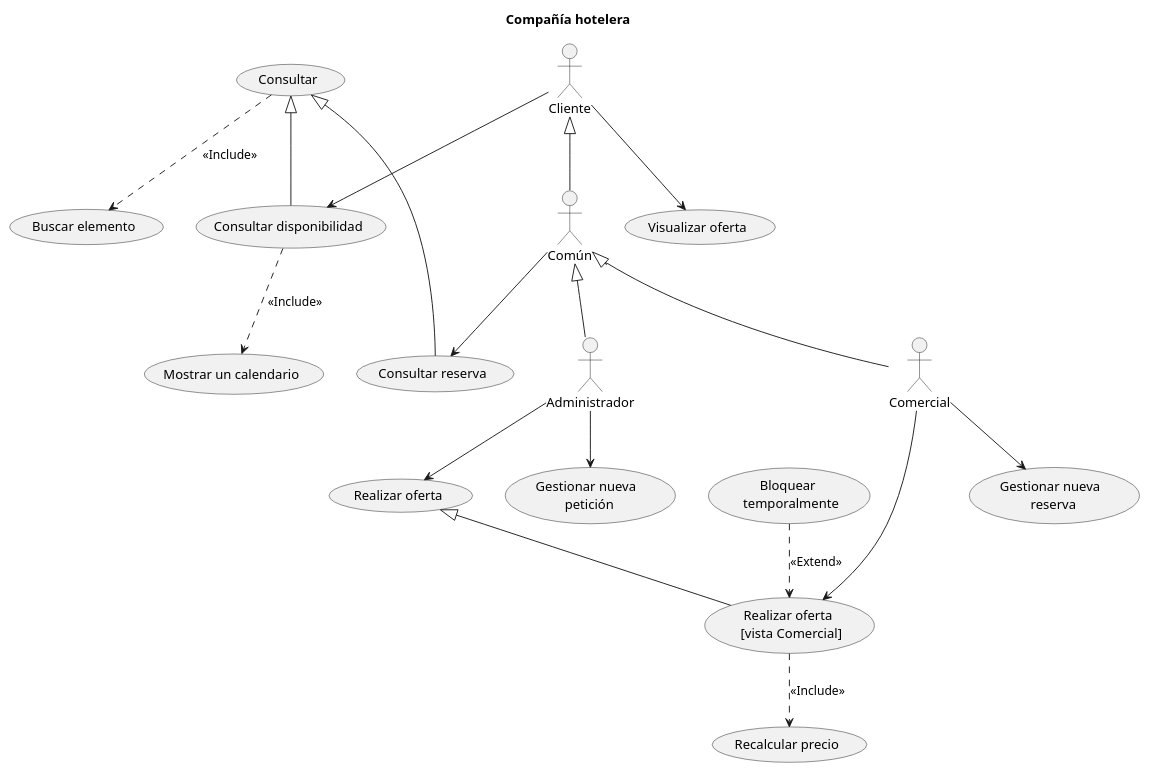
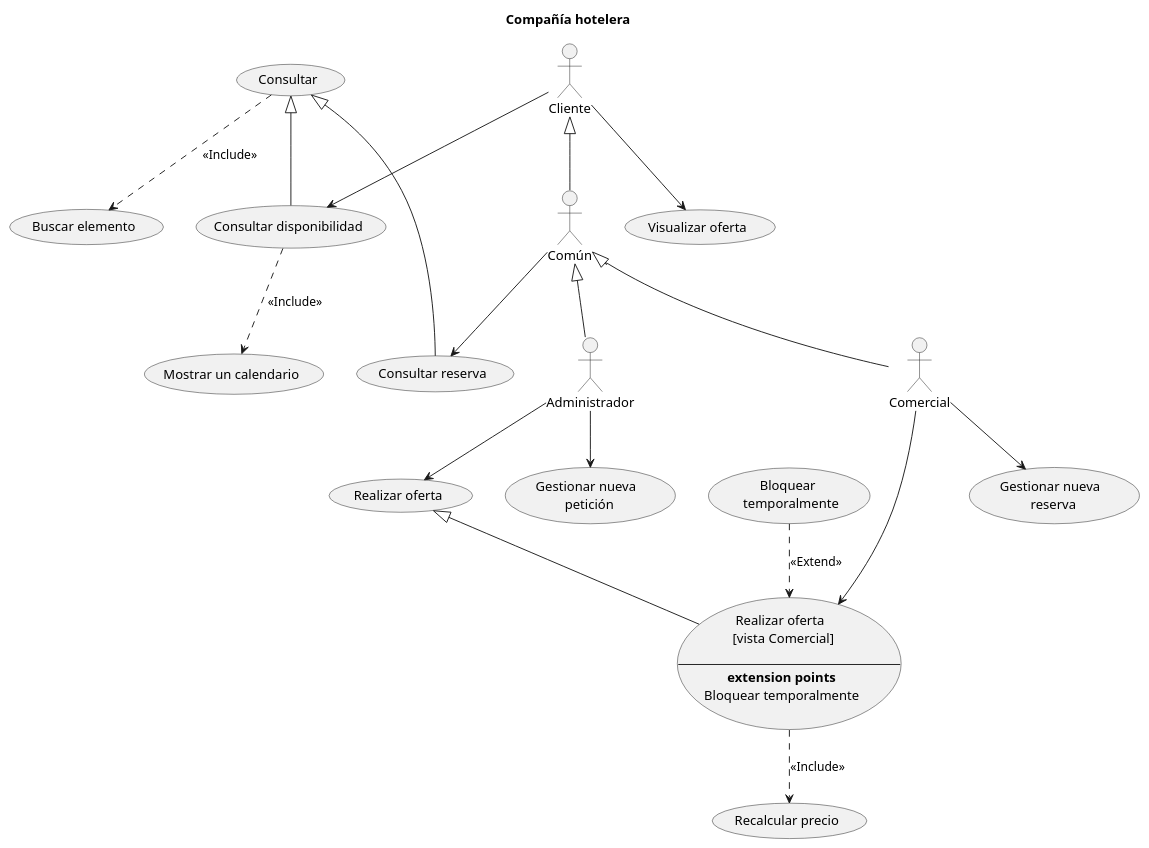
One commit to emg842/INRE-UAL-ROJO-2022 changed the diagram in LAB0/src/compania_hotelera.puml. Above: the diagram before and after it, drawn with PlantUML. The commit also changed 12 other files, not shown here.

Commit message:
Correccion extension points lab0

```diff
--- a/LAB0/src/compania_hotelera.puml
+++ b/LAB0/src/compania_hotelera.puml
@@ -1,43 +1,47 @@
 @startuml compania_hotelera
 title Compañía hotelera
 
 :Administrador: as A1
 :Cliente: as A2
 :Comercial: as A3
 :Común: as A4
 
 (Bloquear \n temporalmente) as UC1
 (Buscar elemento) as UC2
 (Consultar) as UC3
 (Consultar disponibilidad) as UC4
 (Consultar reserva) as UC5
 (Gestionar nueva \n petición) as UC6
 (Gestionar nueva \n reserva) as UC7
 (Mostrar un calendario) as UC8
 (Realizar oferta) as UC9
-(Realizar oferta \n [vista Comercial]) as UC10
+usecase UC10 as "Realizar oferta \n [vista Comercial]
+
+--
+**extension points**
+Bloquear temporalmente"
 (Recalcular precio) as UC11
 (Visualizar oferta) as UC12
 
 A1 --> UC6
 A1 --> UC9
 A2 --> UC4
 A2 --> UC12
 A3 --> UC7
 A3 --> UC10
 A4 --> UC5
 
 A2 <|-- A4
 A4 <|-- A1
 A4 <|-- A3
 UC3 <|-- UC4
 UC3 <|-- UC5
 UC9 <|-- UC10
 
 UC1 ..> UC10 : <<Extend>>
 
 UC3 ..> UC2 : <<Include>>
 UC4 ..> UC8 : <<Include>>
 UC10 ..> UC11 : <<Include>>
 
 @enduml
```
